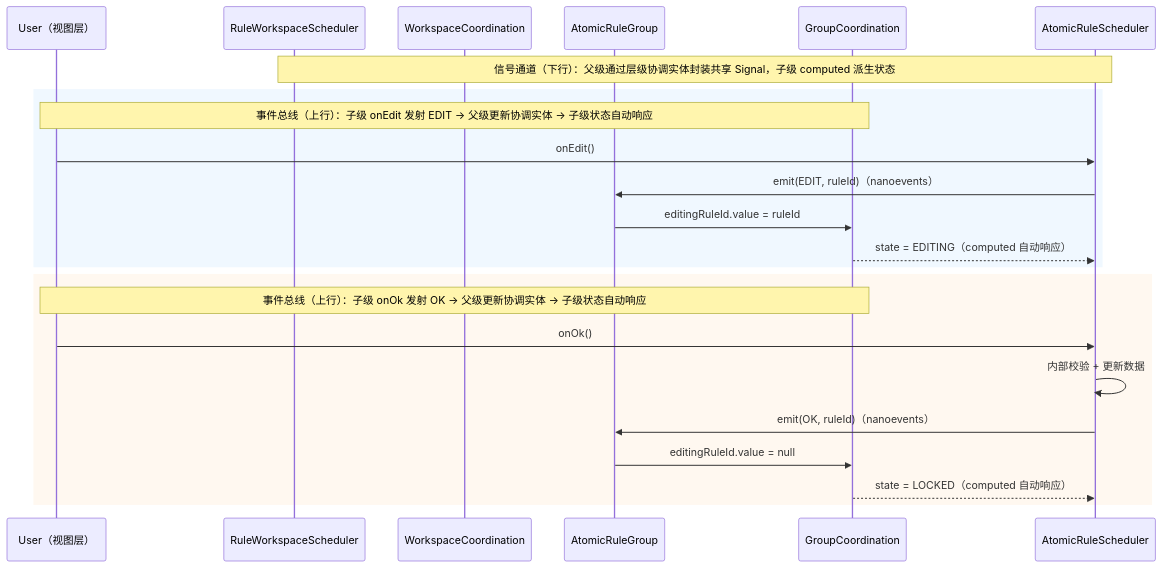
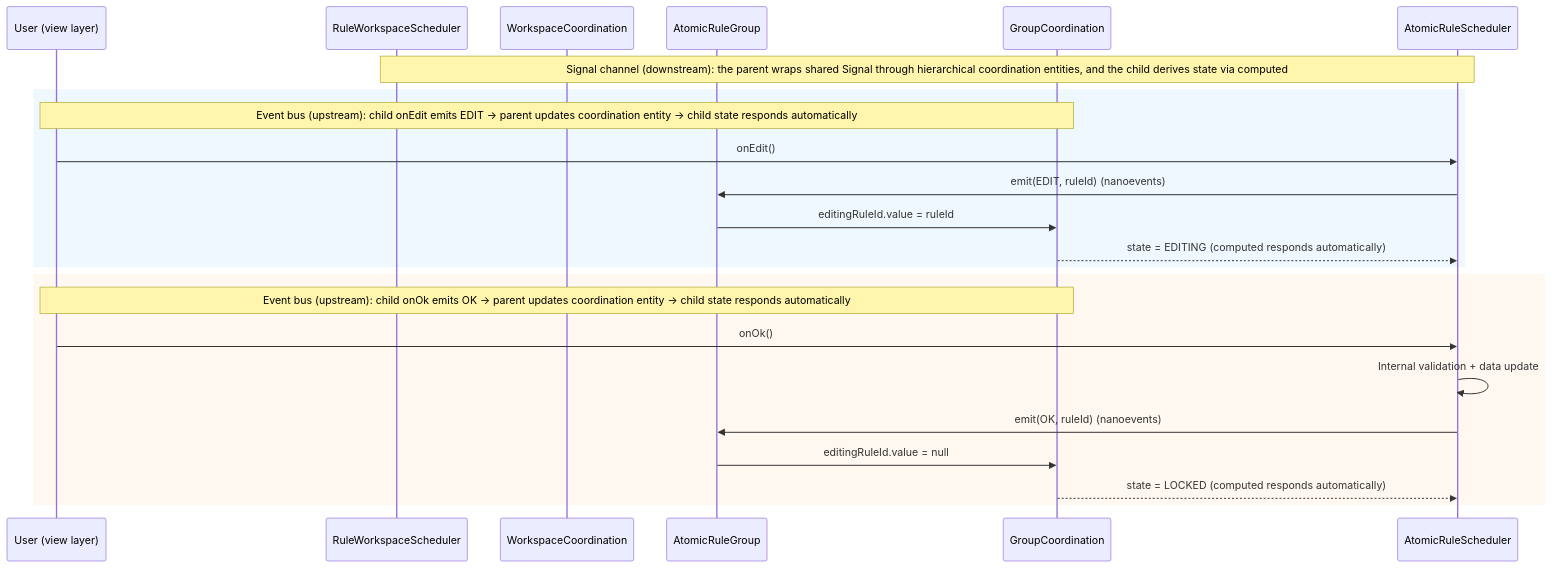
The fourth of 4 diagrams in specs/core/application.md (huang-xiao-jian/themis), drawn with Mermaid before and after one commit. The commit also changed other lines of this file and 17 other files, not shown here.

````diff
--- a/specs/core/application.md
+++ b/specs/core/application.md
@@ -324,28 +329,28 @@
 ```mermaid
 sequenceDiagram
-  participant U as User（视图层）
+  participant U as User (view layer)
   participant WS as RuleWorkspaceScheduler
   participant WC as WorkspaceCoordination
   participant G as AtomicRuleGroup
   participant GC as GroupCoordination
   participant R as AtomicRuleScheduler
 
-  Note over WS, R: 信号通道（下行）：父级通过层级协调实体封装共享 Signal，子级 computed 派生状态
+  Note over WS, R: Signal channel (downstream): the parent wraps shared Signal through hierarchical coordination entities, and the child derives state via computed
 
   rect rgb(240, 248, 255)
-    Note over U, GC: 事件总线（上行）：子级 onEdit 发射 EDIT → 父级更新协调实体 → 子级状态自动响应
+    Note over U, GC: Event bus (upstream): child onEdit emits EDIT -> parent updates coordination entity -> child state responds automatically
     U->>R: onEdit()
-    R->>G: emit(EDIT, ruleId)（nanoevents）
+    R->>G: emit(EDIT, ruleId) (nanoevents)
     G->>GC: editingRuleId.value = ruleId
-    GC-->>R: state = EDITING（computed 自动响应）
+    GC-->>R: state = EDITING (computed responds automatically)
   end
 
   rect rgb(255, 248, 240)
-    Note over U, GC: 事件总线（上行）：子级 onOk 发射 OK → 父级更新协调实体 → 子级状态自动响应
+    Note over U, GC: Event bus (upstream): child onOk emits OK -> parent updates coordination entity -> child state responds automatically
     U->>R: onOk()
-    R->>R: 内部校验 + 更新数据
-    R->>G: emit(OK, ruleId)（nanoevents）
+    R->>R: Internal validation + data update
+    R->>G: emit(OK, ruleId) (nanoevents)
     G->>GC: editingRuleId.value = null
-    GC-->>R: state = LOCKED（computed 自动响应）
+    GC-->>R: state = LOCKED (computed responds automatically)
   end
 ```
````
